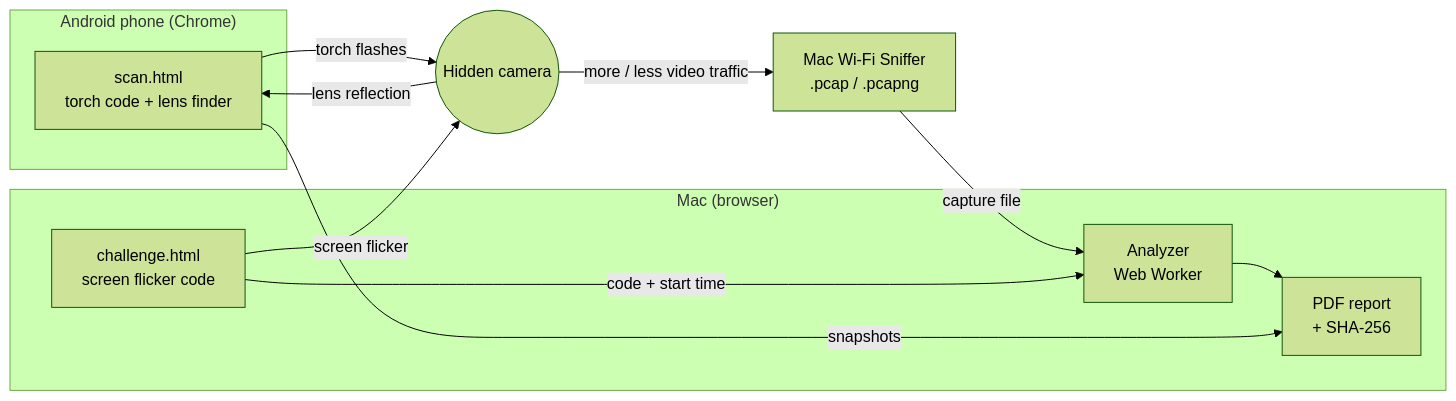
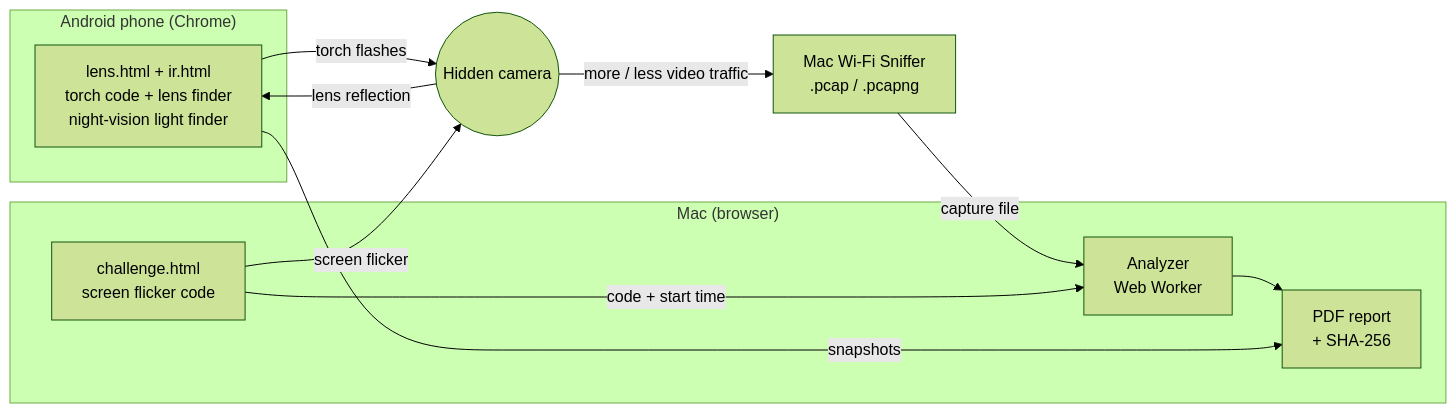
The first of 2 diagrams in README.md (arjavnotfound/victor-hackathon), drawn with Mermaid (forest theme) before and after one commit. The commit also changed other lines of this file and 13 other files, not shown here.

````diff
--- a/README.md
+++ b/README.md
@@ -70,22 +78,22 @@
 ```mermaid
 flowchart LR
   subgraph Phone["Android phone (Chrome)"]
-    S[scan.html<br/>torch code + lens finder]
+    S[lens.html + ir.html<br/>torch code + lens finder<br/>night-vision light finder]
   end
   subgraph Laptop["Mac (browser)"]
     C[challenge.html<br/>screen flicker code]
     A[Analyzer<br/>Web Worker]
     R[PDF report<br/>+ SHA-256]
   end
   M[Mac Wi-Fi Sniffer<br/>.pcap / .pcapng]
   Cam((Hidden camera))
 
   S -- torch flashes --> Cam
   Cam -- lens reflection --> S
   C -- screen flicker --> Cam
   Cam -- more / less video traffic --> M
   M -- capture file --> A
   C -- code + start time --> A
   A --> R
   S -- snapshots --> R
 ```
````
